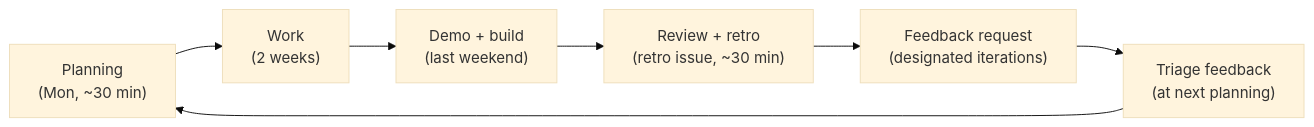
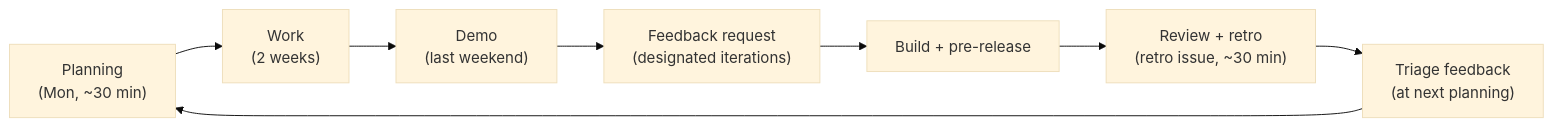
One commit to fyernald/teserra changed the second of 2 diagrams in docs/process/development-process.md. Above: the diagram before and after it, drawn with Mermaid (base theme). The commit also changed other lines of this file and 2 other files, not shown here.

First line of the commit message:
docs(process): open the feedback request before packaging the build (#195)

````diff
--- a/docs/process/development-process.md
+++ b/docs/process/development-process.md
@@ -66,9 +66,10 @@
 ```mermaid
 flowchart LR
     P["Planning<br/>(Mon, ~30 min)"] --> W["Work<br/>(2 weeks)"]
-    W --> D["Demo + build<br/>(last weekend)"]
-    D --> R["Review + retro<br/>(retro issue, ~30 min)"]
-    R --> F["Feedback request<br/>(designated iterations)"]
-    F --> T["Triage feedback<br/>(at next planning)"]
+    W --> D["Demo<br/>(last weekend)"]
+    D --> F["Feedback request<br/>(designated iterations)"]
+    F --> B["Build + pre-release"]
+    B --> R["Review + retro<br/>(retro issue, ~30 min)"]
+    R --> T["Triage feedback<br/>(at next planning)"]
     T --> P
 ```
````
